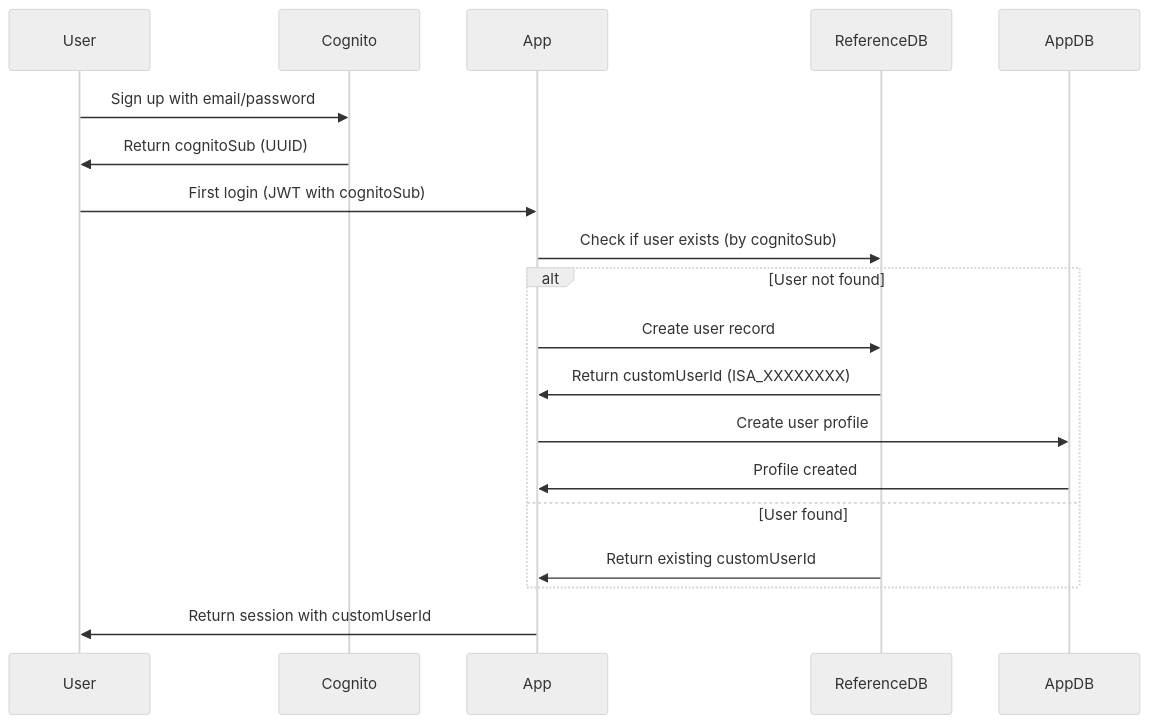
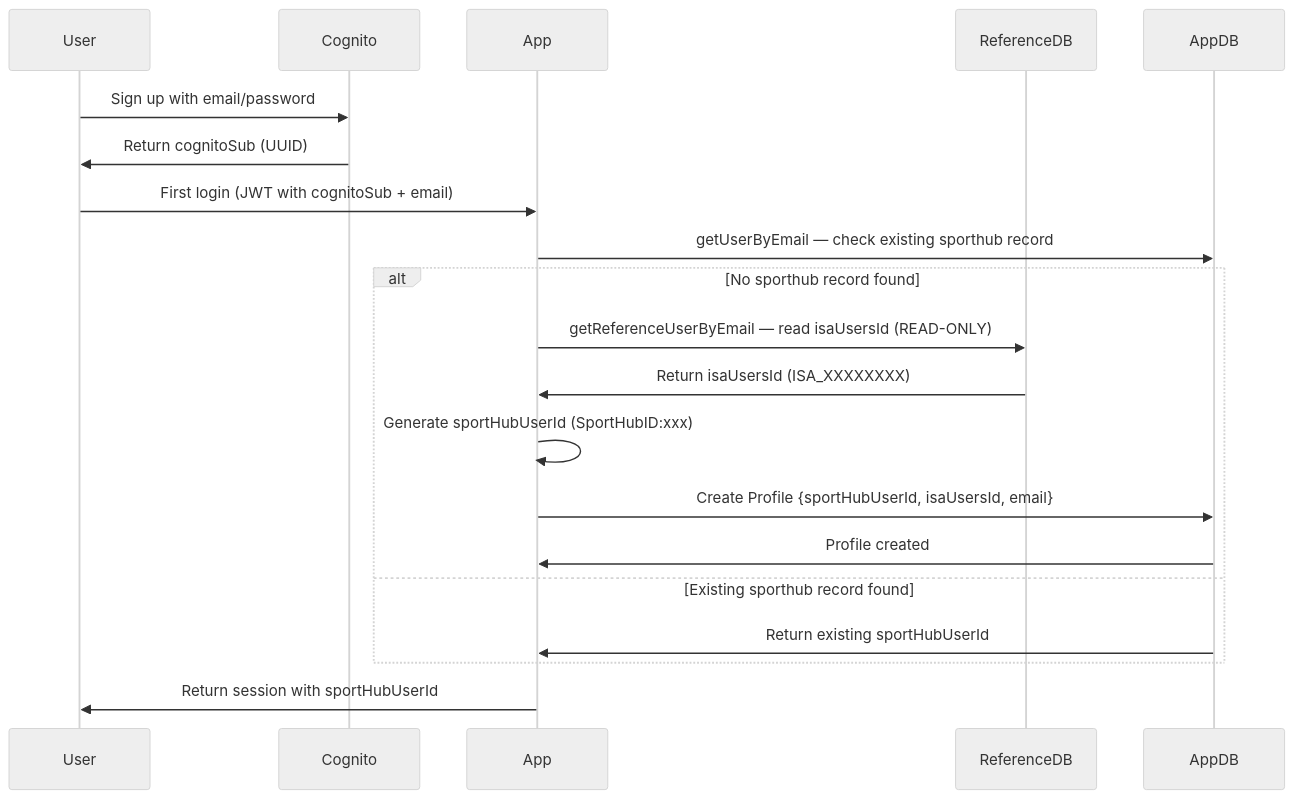
One commit to International-Slackline-Association/SportHub changed the diagram in docs/architecture/reference-db-pattern.md. Above: the diagram before and after it, drawn with Mermaid (neutral theme). The commit also changed other lines of this file and 7 other files, not shown here.

Commit message:
authentication docs update & make reference db read-only fsfs

````diff
--- a/docs/architecture/reference-db-pattern.md
+++ b/docs/architecture/reference-db-pattern.md
@@ -163,22 +163,23 @@
 ```mermaid
 sequenceDiagram
     participant User
     participant Cognito
     participant App
     participant ReferenceDB
     participant AppDB
 
     User->>Cognito: Sign up with email/password
     Cognito->>User: Return cognitoSub (UUID)
-    User->>App: First login (JWT with cognitoSub)
-    App->>ReferenceDB: Check if user exists (by cognitoSub)
-    alt User not found
-        App->>ReferenceDB: Create user record
-        ReferenceDB->>App: Return customUserId (ISA_XXXXXXXX)
-        App->>AppDB: Create user profile
+    User->>App: First login (JWT with cognitoSub + email)
+    App->>AppDB: getUserByEmail — check existing sporthub record
+    alt No sporthub record found
+        App->>ReferenceDB: getReferenceUserByEmail — read isaUsersId (READ-ONLY)
+        ReferenceDB->>App: Return isaUsersId (ISA_XXXXXXXX)
+        App->>App: Generate sportHubUserId (SportHubID:xxx)
+        App->>AppDB: Create Profile {sportHubUserId, isaUsersId, email}
         AppDB->>App: Profile created
-    else User found
-        ReferenceDB->>App: Return existing customUserId
+    else Existing sporthub record found
+        AppDB->>App: Return existing sportHubUserId
     end
-    App->>User: Return session with customUserId
+    App->>User: Return session with sportHubUserId
 ```
````
